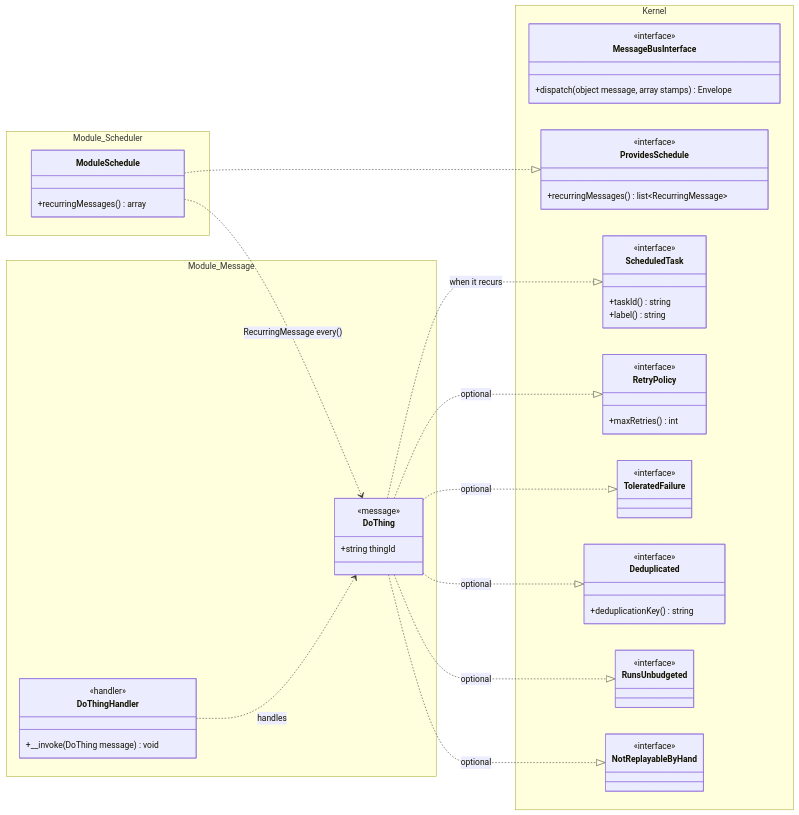
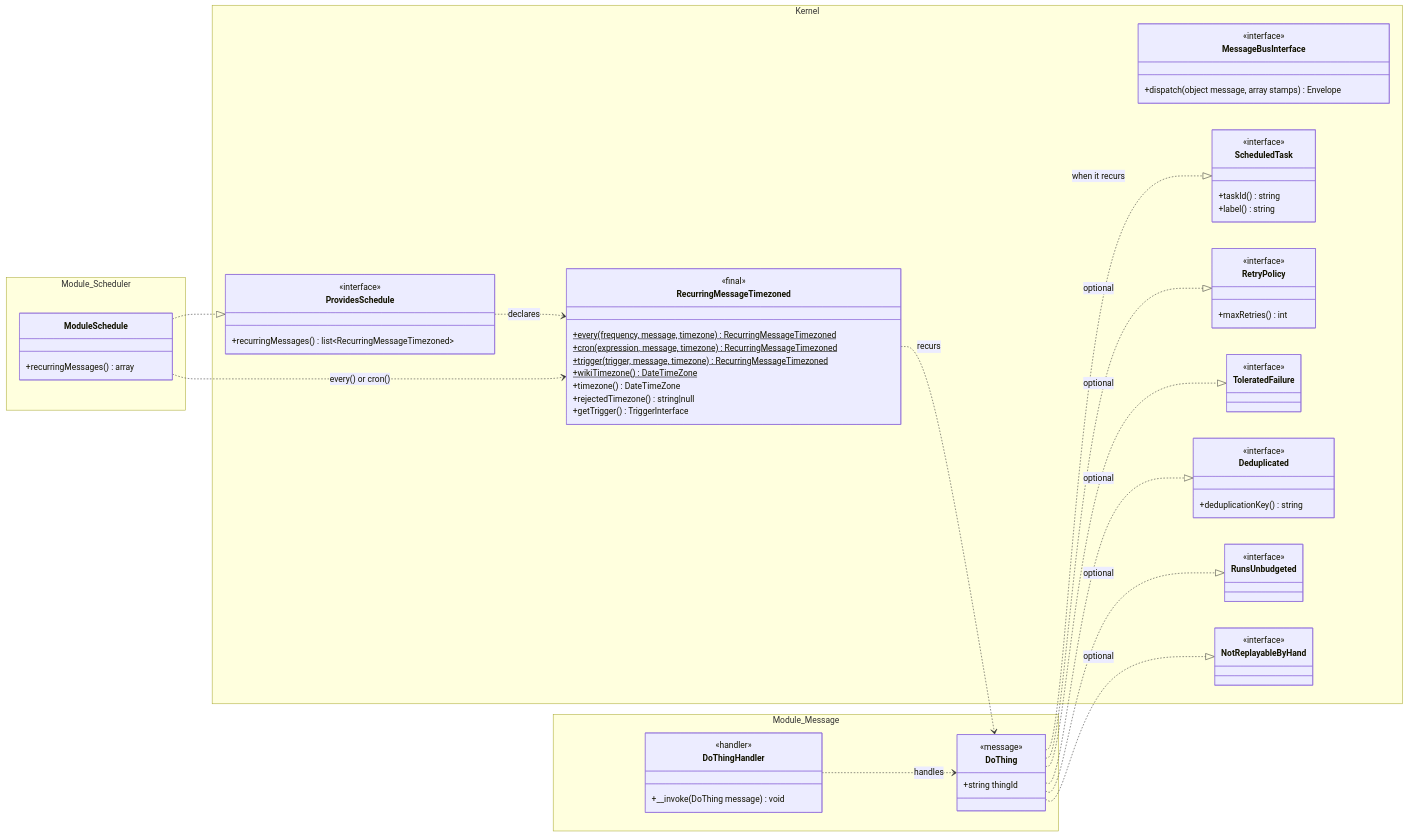
Before and after one commit to YesWiki/yeswiki: the fourth of 4 diagrams in docs/adr/0030-background-work-goes-through-one-queue.md, drawn with Mermaid. The commit also changed other lines of this file and 21 other files, not shown here.

````diff
--- a/docs/adr/0030-background-work-goes-through-one-queue.md
+++ b/docs/adr/0030-background-work-goes-through-one-queue.md
@@ -895,60 +913,72 @@
 ```mermaid
 classDiagram
   direction LR
   namespace Kernel {
     class MessageBusInterface {
       <<interface>>
       +dispatch(object message, array stamps) Envelope
     }
     class ProvidesSchedule {
       <<interface>>
-      +recurringMessages() list~RecurringMessage~
+      +recurringMessages() list~RecurringMessageTimezoned~
+    }
+    class RecurringMessageTimezoned {
+      <<final>>
+      +every(frequency, message, timezone)$ RecurringMessageTimezoned
+      +cron(expression, message, timezone)$ RecurringMessageTimezoned
+      +trigger(trigger, message, timezone)$ RecurringMessageTimezoned
+      +wikiTimezone()$ DateTimeZone
+      +timezone() DateTimeZone
+      +rejectedTimezone() string|null
+      +getTrigger() TriggerInterface
     }
     class ScheduledTask {
       <<interface>>
       +taskId() string
       +label() string
     }
     class RetryPolicy {
       <<interface>>
       +maxRetries() int
     }
     class ToleratedFailure {
       <<interface>>
     }
     class Deduplicated {
       <<interface>>
       +deduplicationKey() string
     }
     class RunsUnbudgeted {
       <<interface>>
     }
     class NotReplayableByHand {
       <<interface>>
     }
   }
   namespace Module_Message {
     class DoThing {
       <<message>>
       +string thingId
     }
     class DoThingHandler {
       <<handler>>
       +__invoke(DoThing message) void
     }
   }
   namespace Module_Scheduler {
     class ModuleSchedule {
       +recurringMessages() array
     }
   }
   DoThing ..|> ScheduledTask : when it recurs
   DoThing ..|> RetryPolicy : optional
   DoThing ..|> ToleratedFailure : optional
   DoThing ..|> Deduplicated : optional
   DoThing ..|> RunsUnbudgeted : optional
   DoThing ..|> NotReplayableByHand : optional
   ModuleSchedule ..|> ProvidesSchedule
-  ModuleSchedule ..> DoThing : RecurringMessage every()
+  ProvidesSchedule ..> RecurringMessageTimezoned : declares
+  ModuleSchedule ..> RecurringMessageTimezoned : every() or cron()
+  RecurringMessageTimezoned ..> DoThing : recurs
   DoThingHandler ..> DoThing : handles
 ```
````
